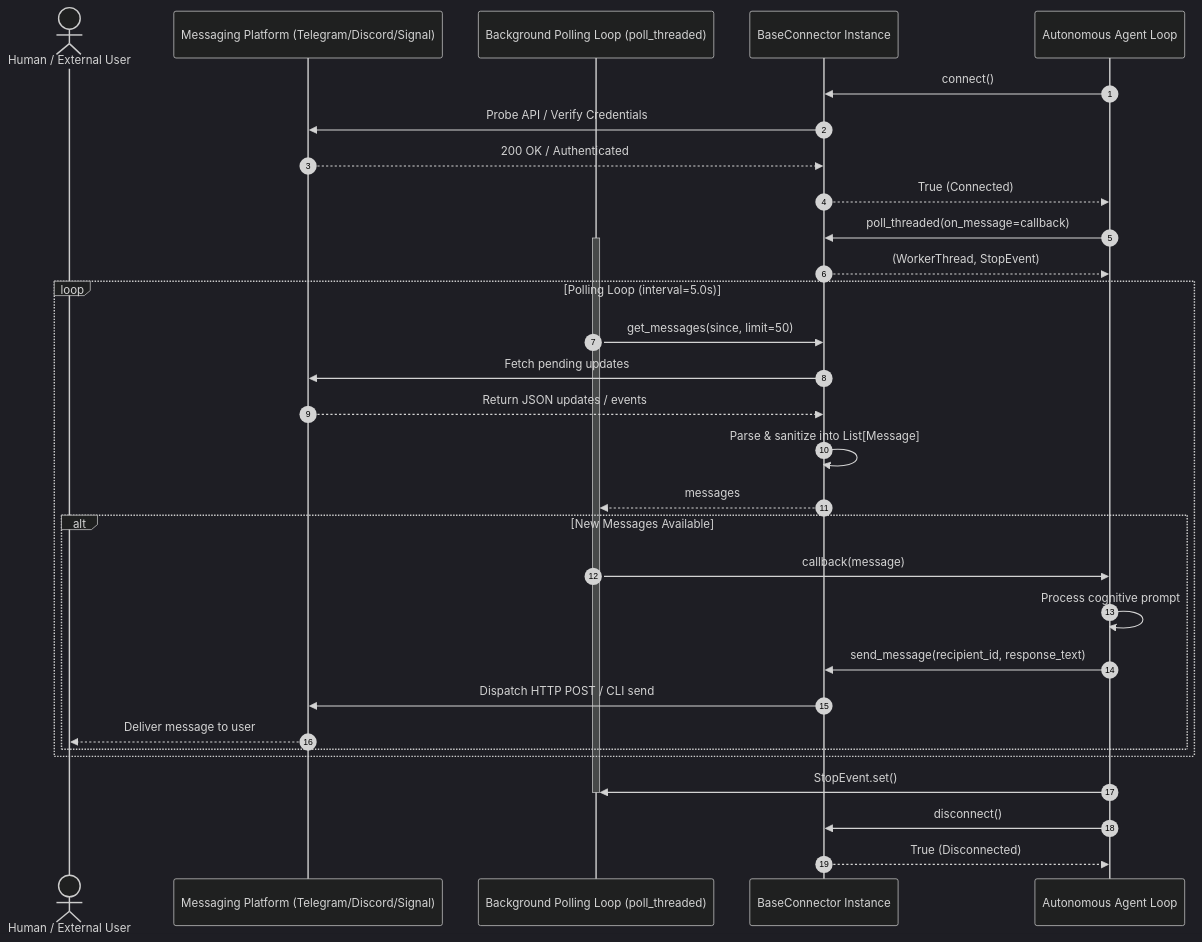
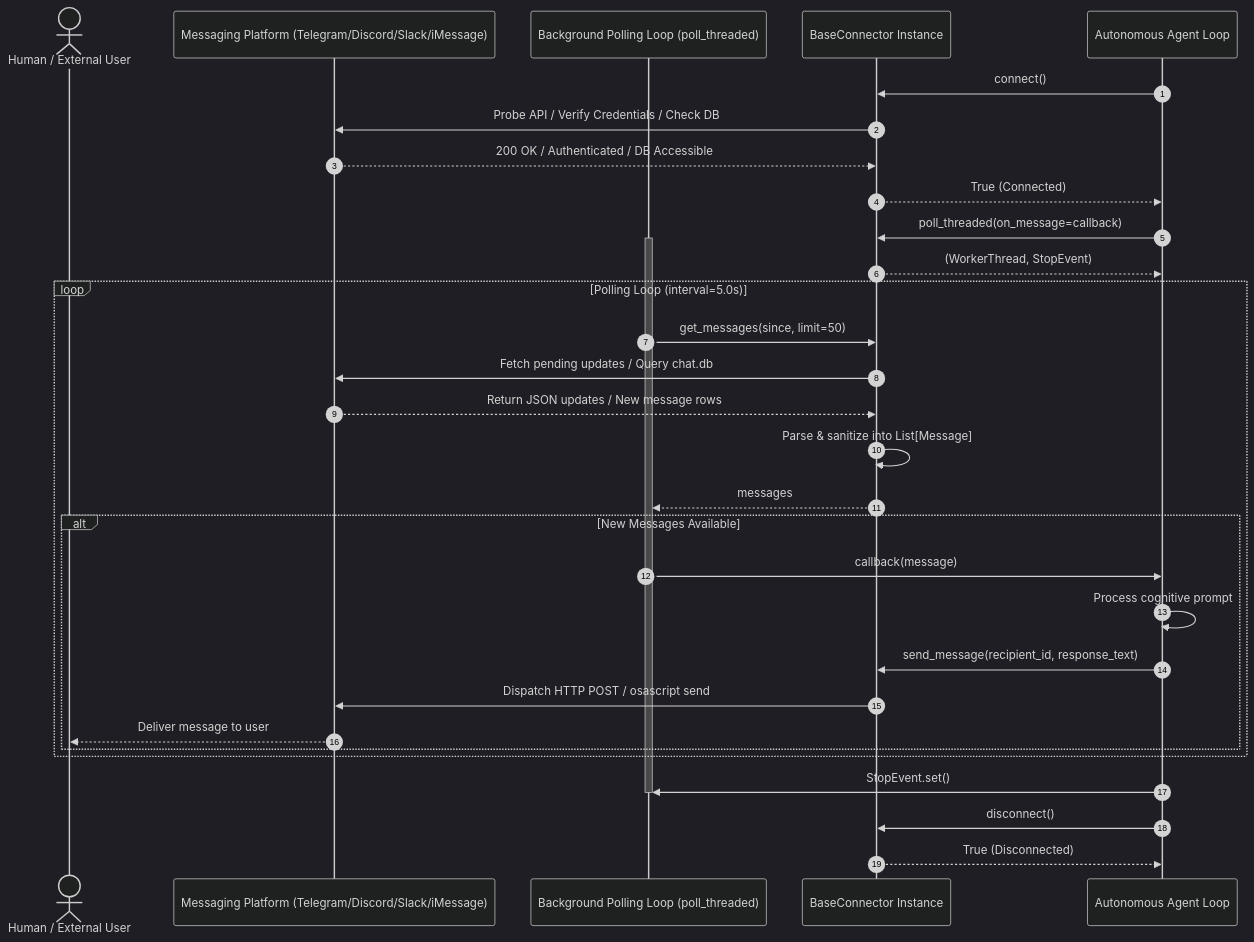
The second of 2 diagrams in README.md (ellmos-ai/connectors), drawn with Mermaid (dark theme) before and after one commit. The commit also changed other lines of this file and 12 other files, not shown here.

````diff
--- a/README.md
+++ b/README.md
@@ -116,38 +129,38 @@
 ```mermaid
 sequenceDiagram
     autonumber
     actor Operator as Human / External User
-    participant Platform as Messaging Platform (Telegram/Discord/Signal)
+    participant Platform as Messaging Platform (Telegram/Discord/Slack/iMessage)
     participant Worker as Background Polling Loop (poll_threaded)
     participant Conn as BaseConnector Instance
     participant Agent as Autonomous Agent Loop
 
     Agent->>Conn: connect()
-    Conn->>Platform: Probe API / Verify Credentials
-    Platform-->>Conn: 200 OK / Authenticated
+    Conn->>Platform: Probe API / Verify Credentials / Check DB
+    Platform-->>Conn: 200 OK / Authenticated / DB Accessible
     Conn-->>Agent: True (Connected)
 
     Agent->>Conn: poll_threaded(on_message=callback)
     activate Worker
     Conn-->>Agent: (WorkerThread, StopEvent)
 
     loop Polling Loop (interval=5.0s)
         Worker->>Conn: get_messages(since, limit=50)
-        Conn->>Platform: Fetch pending updates
-        Platform-->>Conn: Return JSON updates / events
+        Conn->>Platform: Fetch pending updates / Query chat.db
+        Platform-->>Conn: Return JSON updates / New message rows
         Conn->>Conn: Parse & sanitize into List[Message]
         Conn-->>Worker: messages
         alt New Messages Available
             Worker->>Agent: callback(message)
             Agent->>Agent: Process cognitive prompt
             Agent->>Conn: send_message(recipient_id, response_text)
-            Conn->>Platform: Dispatch HTTP POST / CLI send
+            Conn->>Platform: Dispatch HTTP POST / osascript send
             Platform-->>Operator: Deliver message to user
         end
     end
 
     Agent->>Worker: StopEvent.set()
     deactivate Worker
     Agent->>Conn: disconnect()
     Conn-->>Agent: True (Disconnected)
 ```
````
